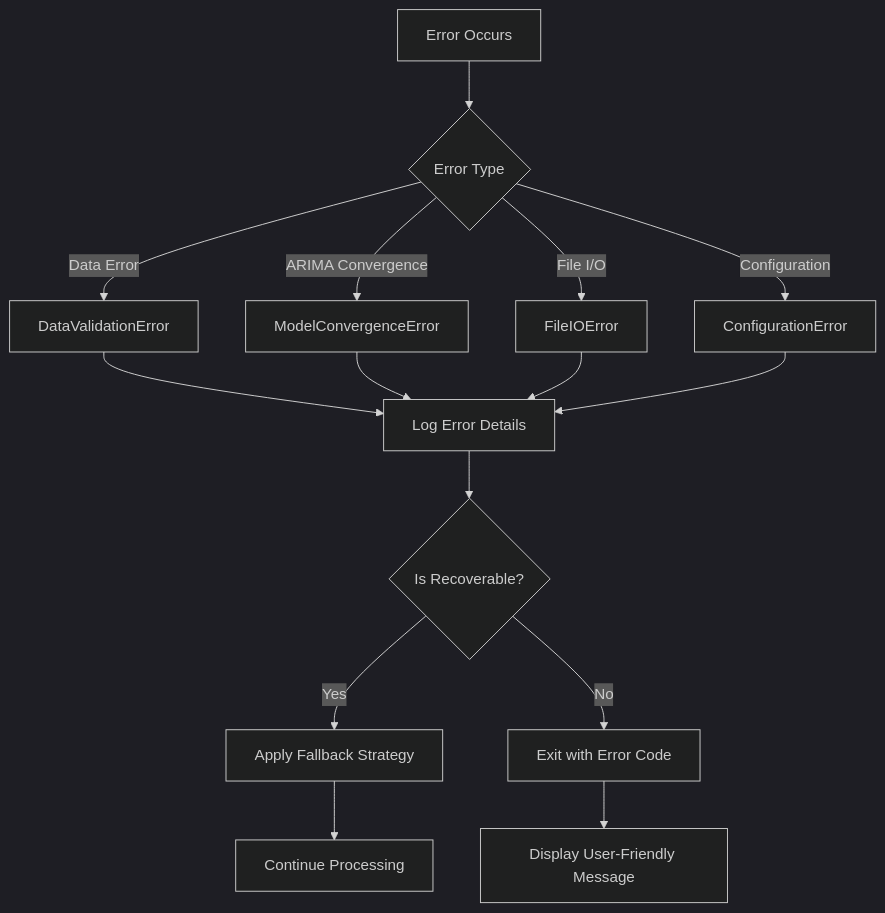
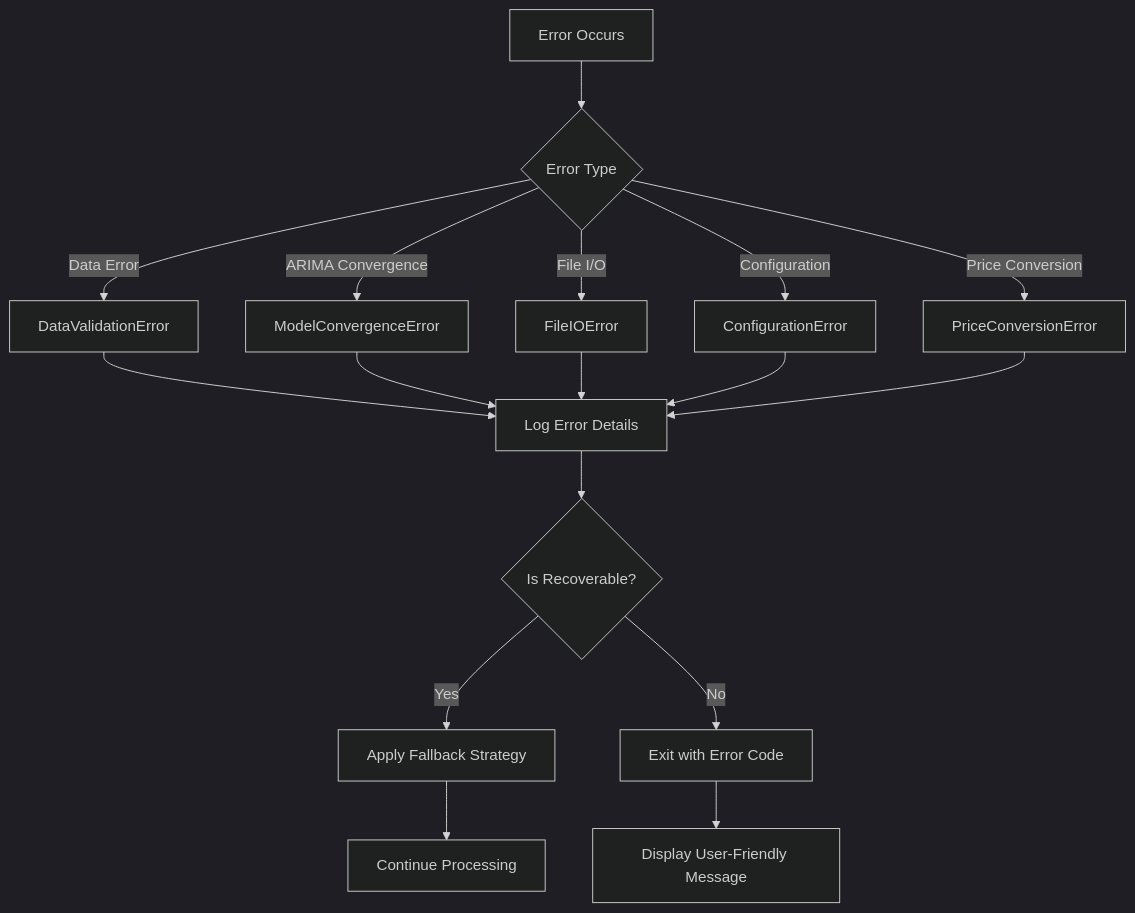
One commit to konstantin-vantukh/lstm_arima changed the tenth of 12 diagrams in plans/architecture.md. Above: the diagram before and after it, drawn with Mermaid (dark theme). The commit also changed other lines of this file and 28 other files, not shown here.

````diff
--- a/plans/architecture.md
+++ b/plans/architecture.md
@@ -449,20 +556,22 @@
 ```mermaid
 flowchart TD
     A[Error Occurs] --> B{Error Type}
     B -->|Data Error| C[DataValidationError]
     B -->|ARIMA Convergence| D[ModelConvergenceError]
     B -->|File I/O| E[FileIOError]
     B -->|Configuration| F[ConfigurationError]
+    B -->|Price Conversion| G[PriceConversionError]
 
-    C --> G[Log Error Details]
-    D --> G
-    E --> G
-    F --> G
+    C --> H[Log Error Details]
+    D --> H
+    E --> H
+    F --> H
+    G --> H
 
-    G --> H{Is Recoverable?}
-    H -->|Yes| I[Apply Fallback Strategy]
-    H -->|No| J[Exit with Error Code]
+    H --> I{Is Recoverable?}
+    I -->|Yes| J[Apply Fallback Strategy]
+    I -->|No| K[Exit with Error Code]
 
-    I --> K[Continue Processing]
-    J --> L[Display User-Friendly Message]
+    J --> L[Continue Processing]
+    K --> M[Display User-Friendly Message]
 ```
````
